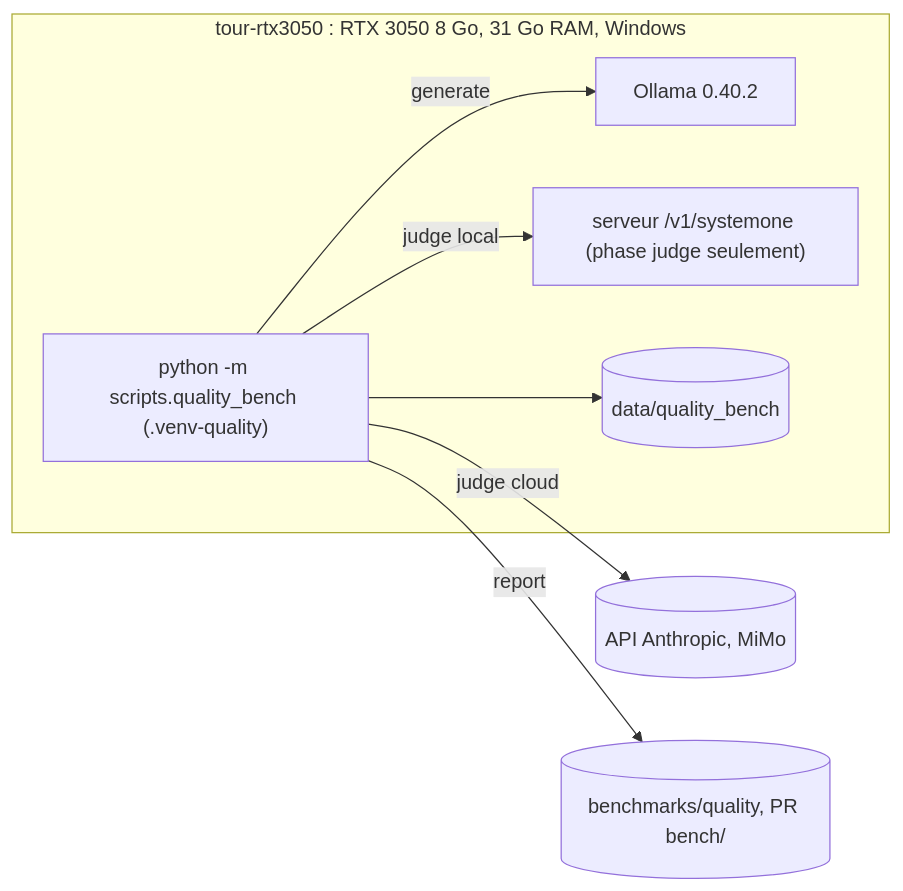
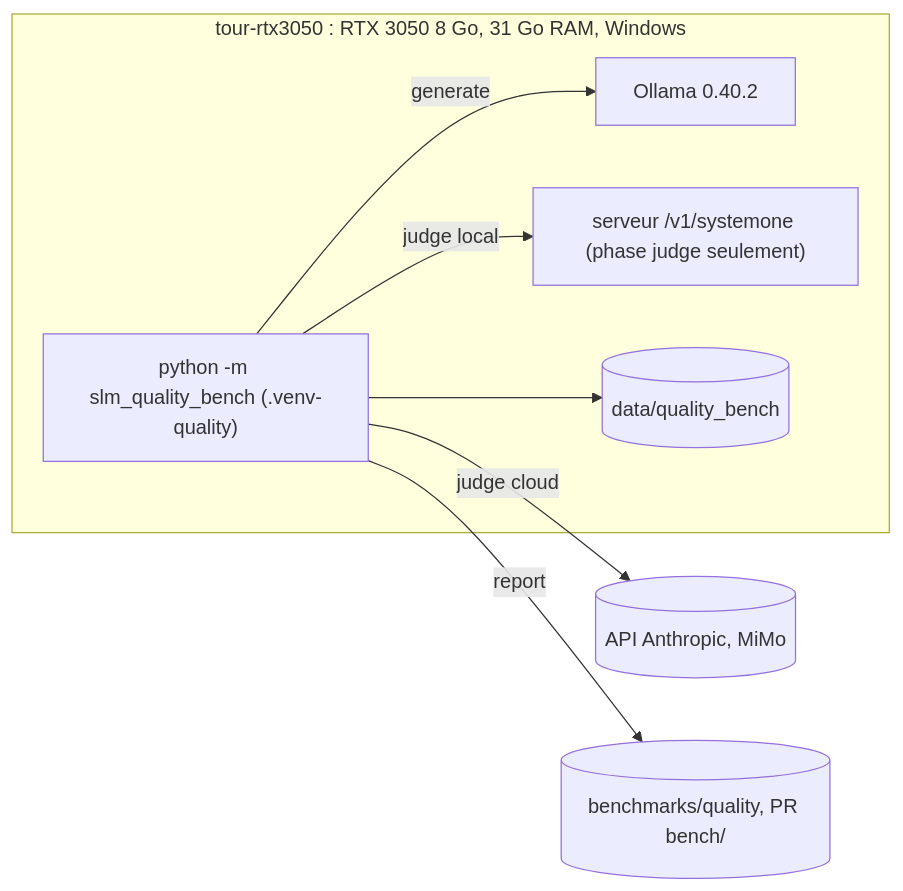
One commit to Aliquanto3/slm-quality-bench changed the third of 3 diagrams in docs/architecture/ARCHITECTURE-SPINE.md. Above: the diagram before and after it, drawn with Mermaid. The commit also changed other lines of this file and 108 other files, not shown here.

````diff
--- a/docs/architecture/ARCHITECTURE-SPINE.md
+++ b/docs/architecture/ARCHITECTURE-SPINE.md
@@ -532,14 +532,14 @@
 ```mermaid
 flowchart LR
   subgraph tour["tour-rtx3050 : RTX 3050 8 Go, 31 Go RAM, Windows"]
-    CLI["python -m scripts.quality_bench (.venv-quality)"]
+    CLI["python -m slm_quality_bench (.venv-quality)"]
     O["Ollama 0.40.2"]
     W["serveur /v1/systemone (phase judge seulement)"]
     D[("data/quality_bench")]
   end
   CLI -->|"generate"| O
   CLI -->|"judge local"| W
   CLI -->|"judge cloud"| API[("API Anthropic, MiMo")]
   CLI --> D
   CLI -->|"report"| G[("benchmarks/quality, PR bench/")]
 ```
````
